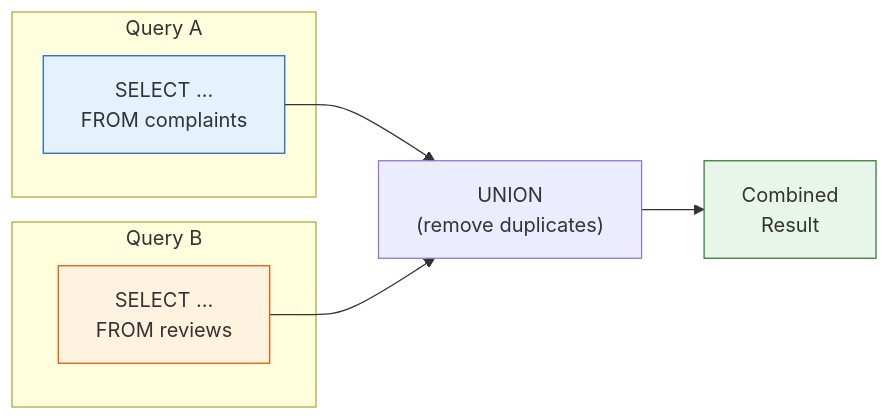
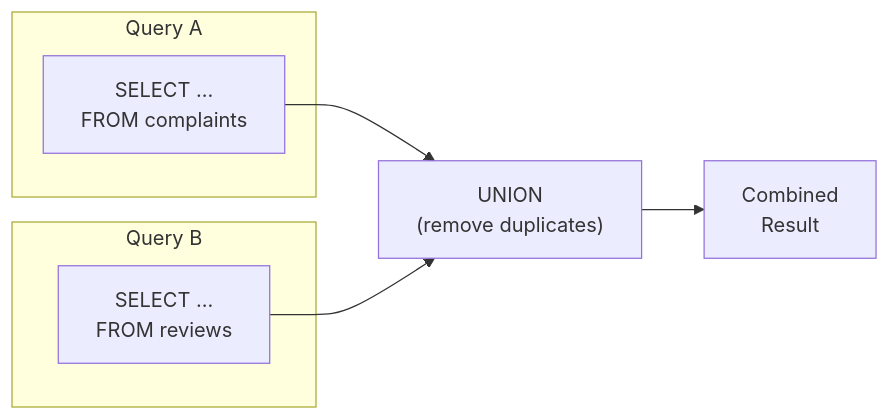
The diagram in docs/en/intermediate/13-union.md (civilian7/sql-tutorial), drawn with Mermaid before and after one commit. The commit also changed other lines of this file and 101 other files, not shown here.

````diff
--- a/docs/en/intermediate/13-union.md
+++ b/docs/en/intermediate/13-union.md
@@ -5,15 +5,12 @@
 ```mermaid
 flowchart LR
     subgraph "Query A"
         A["SELECT ...\nFROM complaints"]
     end
     subgraph "Query B"
         B["SELECT ...\nFROM reviews"]
     end
     A --> U["UNION\n(remove duplicates)"]
     B --> U
     U --> R["Combined\nResult"]
-    style A fill:#e3f2fd,stroke:#1565c0
-    style B fill:#fff3e0,stroke:#e65100
-    style R fill:#e8f5e9,stroke:#2e7d32
 ```
````
